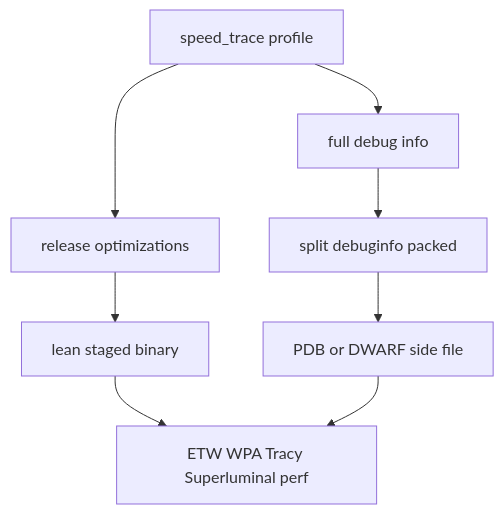
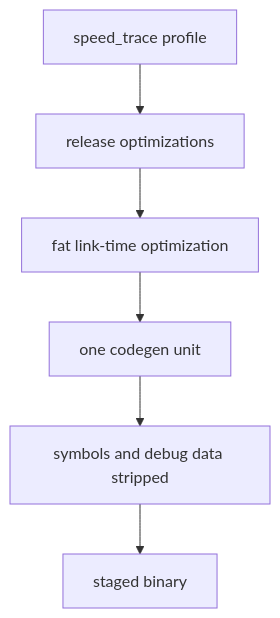
One commit to soulwax/EchoWiki changed the second of 6 diagrams in src/content/docs/pages/architecture/performance-and-observability.md. Above: the diagram before and after it, drawn with Mermaid. The commit also changed other lines of this file, not shown here.

Commit message:
docs: update distribution profile guidance

````diff
--- a/src/content/docs/pages/architecture/performance-and-observability.md
+++ b/src/content/docs/pages/architecture/performance-and-observability.md
@@ -30,16 +30,11 @@
 ```mermaid
 flowchart TB
     speed[speed_trace profile]
     release[release optimizations]
-    debuginfo[full debug info]
-    split[split debuginfo packed]
-    binary[lean staged binary]
-    symbols[PDB or DWARF side file]
-    traces[ETW WPA Tracy Superluminal perf]
+    fat[fat link-time optimization]
+    single[one codegen unit]
+    stripped[symbols and debug data stripped]
+    binary[staged binary]
 
-    speed --> release --> binary
-    speed --> debuginfo --> split
-    split --> symbols
-    binary --> traces
-    symbols --> traces
+    speed --> release --> fat --> single --> stripped --> binary
 ```
````
